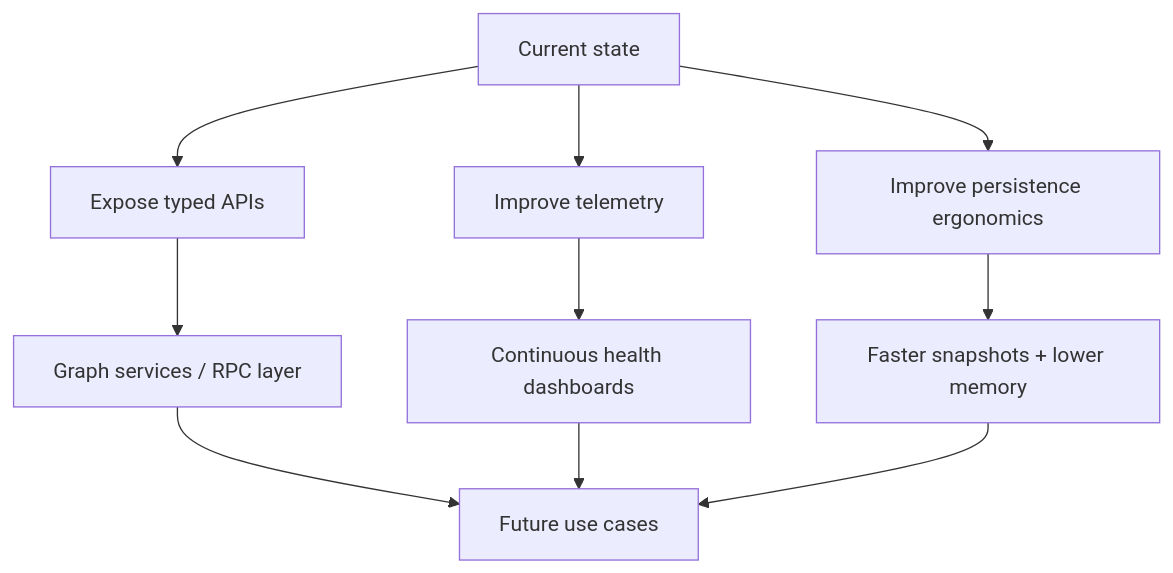
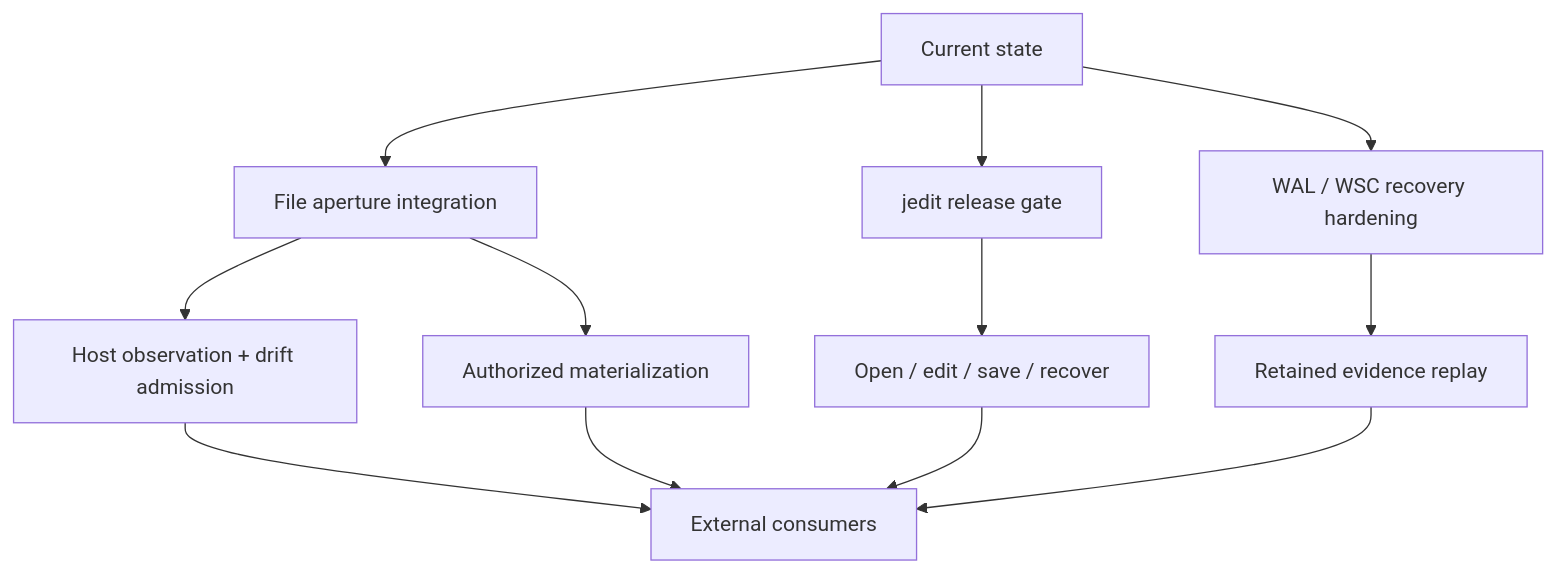
Before and after one commit to flyingrobots/echo: diagram 23 of 40 in docs/technical-teardown.md, drawn with Mermaid. The commit also changed other lines of this file, not shown here.

````diff
--- a/docs/technical-teardown.md
+++ b/docs/technical-teardown.md
@@ -883,12 +951,14 @@
 ```mermaid
 flowchart TD
-  P[Current state] --> C1[Expose typed APIs]
-  P --> C2[Improve telemetry]
-  P --> C3[Improve persistence ergonomics]
-  C1 --> H1[Graph services / RPC layer]
-  C2 --> H2[Continuous health dashboards]
-  C3 --> H3[Faster snapshots + lower memory]
-  H1 --> F[Future use cases]
+  P[Current state] --> C1[File aperture integration]
+  P --> C2[jedit release gate]
+  P --> C3[WAL / WSC recovery hardening]
+  C1 --> H1[Host observation + drift admission]
+  C1 --> H2[Authorized materialization]
+  C2 --> H3[Open / edit / save / recover]
+  C3 --> H4[Retained evidence replay]
+  H1 --> F[External consumers]
   H2 --> F
   H3 --> F
+  H4 --> F
 ```
````
